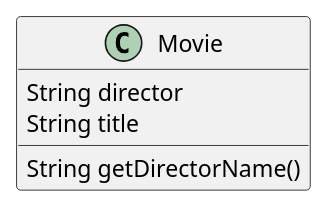
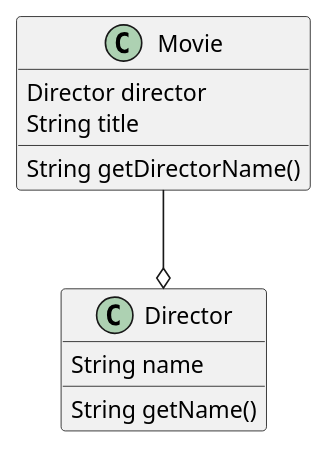
One commit to rony76/martin-fowler-example changed the diagram in src/main/resources/Movie.puml. Above: the diagram before and after it, drawn with PlantUML. The commit also changed 2 other files, not shown here.

```diff
--- a/src/main/resources/Movie.puml
+++ b/src/main/resources/Movie.puml
@@ -1,9 +1,16 @@
 @startuml
 
 class Movie {
-    String director
+    Director director
     String title
     String getDirectorName()
 }
 
+class Director {
+    String name
+    String getName()
+}
+
+Movie --o Director
+
 @enduml
```
